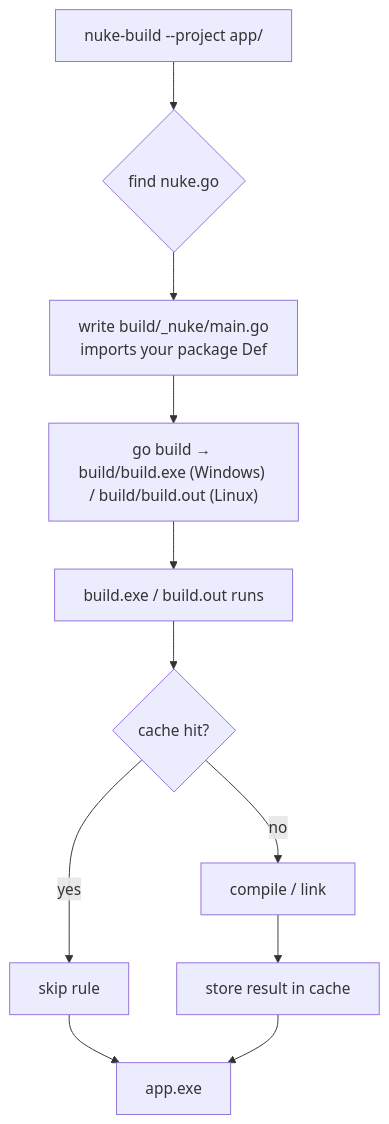
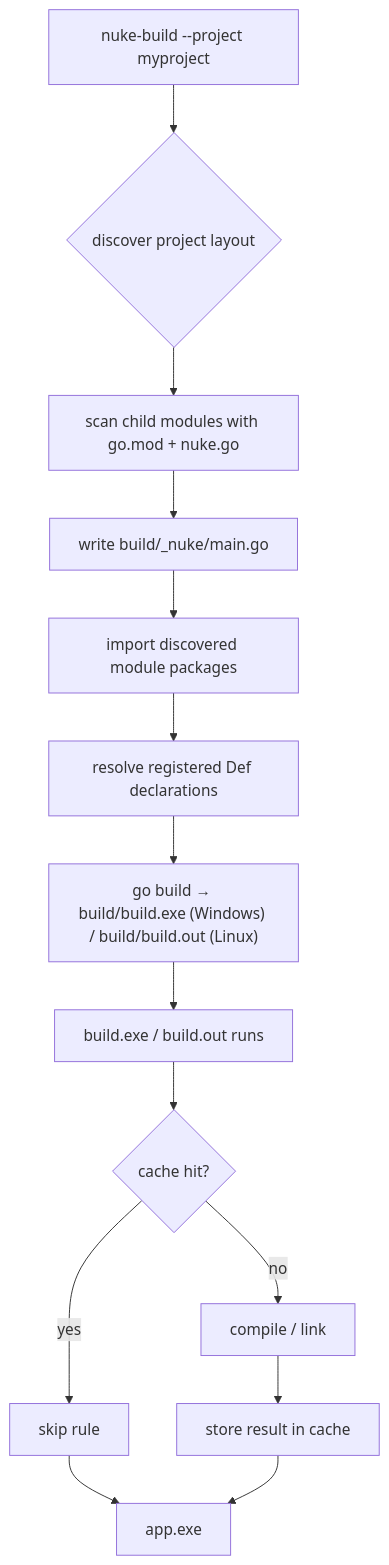
The diagram in QUICKSTART.md (bradphelan/nuke-engine), drawn with Mermaid before and after one commit. The commit also changed other lines of this file and 6 other files, not shown here.

````diff
--- a/QUICKSTART.md
+++ b/QUICKSTART.md
@@ -106,12 +114,15 @@
 ```mermaid
 flowchart TD
-    A["nuke-build --project app/"] --> B{find nuke.go}
-    B --> C[write build/_nuke/main.go\nimports your package Def]
-    C --> D["go build → build/build.exe (Windows) / build/build.out (Linux)"]
-    D --> E[build.exe / build.out runs]
-    E --> F{cache hit?}
-    F -- yes --> G[skip rule]
-    F -- no --> H[compile / link]
-    H --> I[store result in cache]
-    G & I --> J[app.exe]
+    A["nuke-build --project myproject"] --> B{discover project layout}
+    B --> C[scan child modules with go.mod + nuke.go]
+    C --> D[write build/_nuke/main.go]
+    D --> E[import discovered module packages]
+    E --> F[resolve registered Def declarations]
+    F --> G["go build → build/build.exe (Windows) / build/build.out (Linux)"]
+    G --> H[build.exe / build.out runs]
+    H --> I{cache hit?}
+    I -- yes --> J[skip rule]
+    I -- no --> K[compile / link]
+    K --> L[store result in cache]
+    J & L --> M[app.exe]
 ```
````
